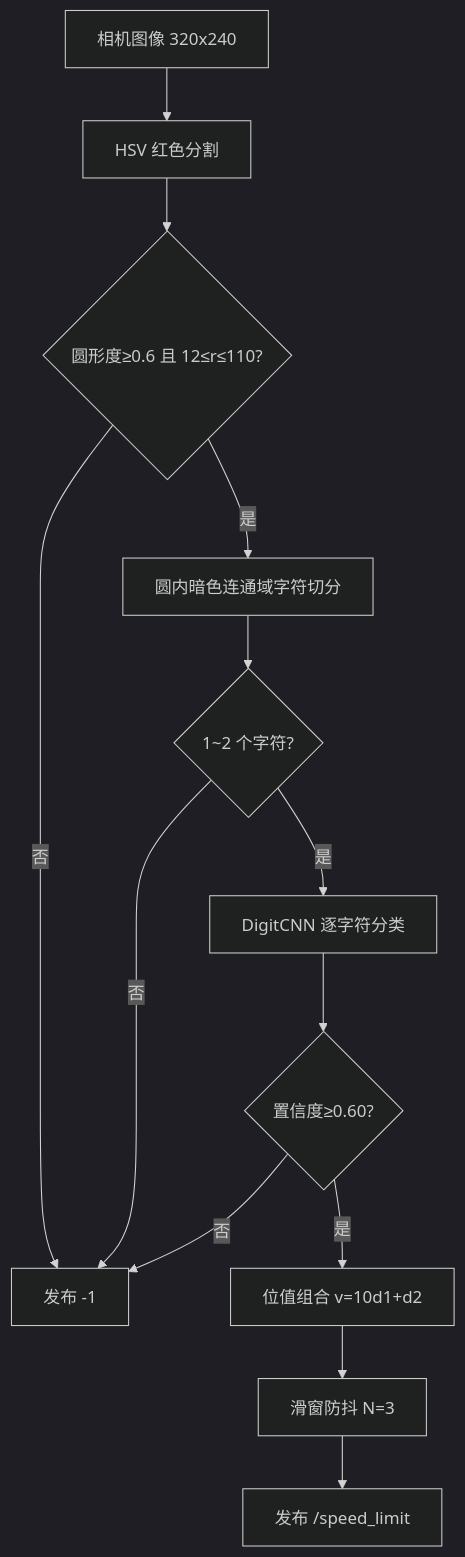
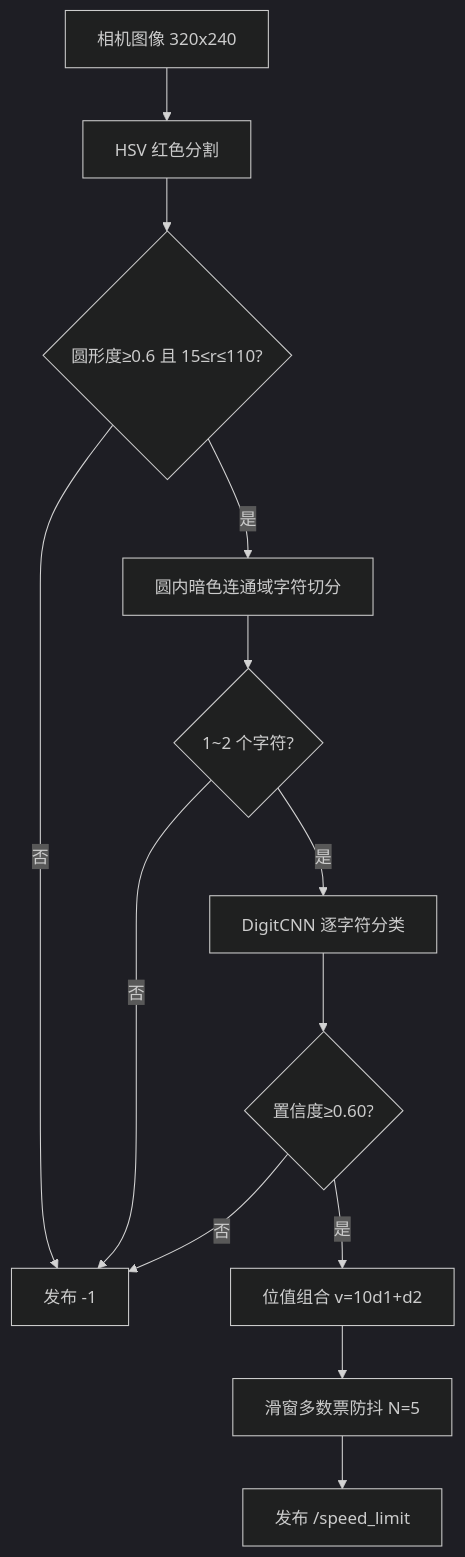
The second of 3 diagrams in docs/ground/traffic_sign_speed_control.md (OpenHUTB/ros2), drawn with Mermaid (dark theme) before and after one commit. The commit also changed other lines of this file and 16 other files, not shown here.

````diff
--- a/docs/ground/traffic_sign_speed_control.md
+++ b/docs/ground/traffic_sign_speed_control.md
@@ -166,15 +180,15 @@
 ```mermaid
 graph TD
     A[相机图像 320x240] --> B[HSV 红色分割]
-    B --> C{圆形度≥0.6 且 12≤r≤110?}
+    B --> C{圆形度≥0.6 且 15≤r≤110?}
     C -- 否 --> Z[发布 -1]
     C -- 是 --> D[圆内暗色连通域字符切分]
     D --> E{1~2 个字符?}
     E -- 否 --> Z
     E -- 是 --> F[DigitCNN 逐字符分类]
     F --> G{置信度≥0.60?}
     G -- 否 --> Z
     G -- 是 --> H[位值组合 v=10d1+d2]
-    H --> I[滑窗防抖 N=3]
+    H --> I[滑窗多数票防抖 N=5]
     I --> J[发布 /speed_limit]
 ```
````
